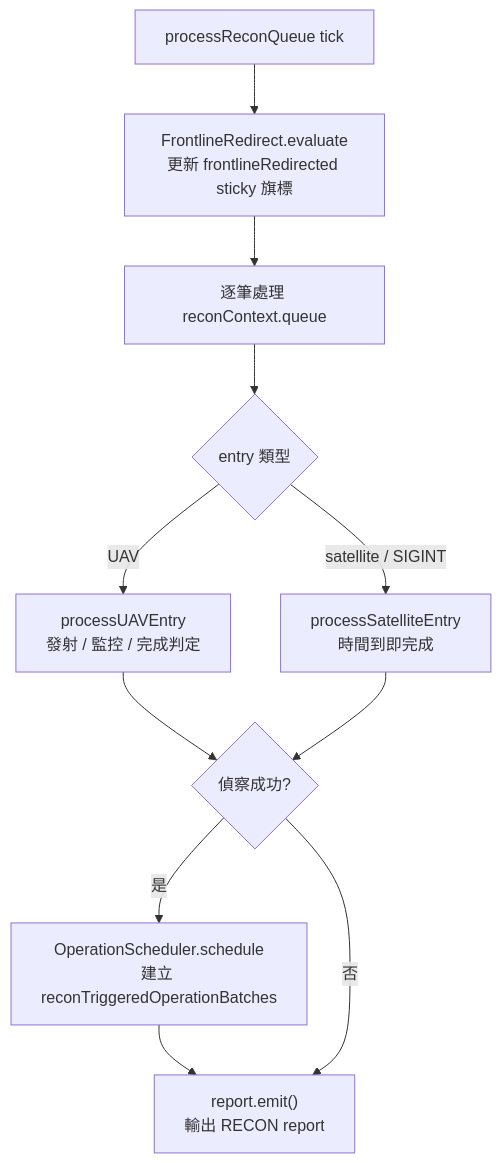
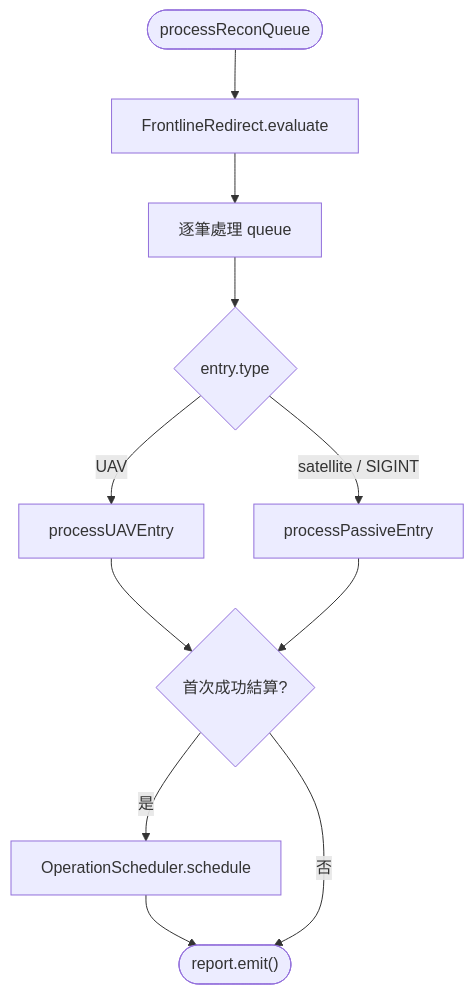
The second of 3 diagrams in docs/strikePlanner/recon.md (pullupjumper/formosa-in-flames), drawn with Mermaid before and after one commit. The commit also changed other lines of this file and 7 other files, not shown here.

First line of the commit message:
refactor(recon): model queue entries as template, plan and entry

````diff
--- a/docs/strikePlanner/recon.md
+++ b/docs/strikePlanner/recon.md
@@ -86,18 +110,18 @@
 ```mermaid
 flowchart TD
-    TICK["processReconQueue tick"]
-    REDIRECT["FrontlineRedirect.evaluate<br>更新 frontlineRedirected sticky 旗標"]
-    LOOP["逐筆處理 reconContext.queue"]
-    ENTRY{"entry 類型"}
-    UAV["processUAVEntry<br>發射 / 監控 / 完成判定"]
-    SAT["processSatelliteEntry<br>時間到即完成"]
-    SUCCESS{"偵察成功?"}
-    SCHED["OperationScheduler.schedule<br>建立 reconTriggeredOperationBatches"]
-    LOG["report.emit()<br>輸出 RECON report"]
+    TICK(["processReconQueue"])
+    REDIRECT["FrontlineRedirect.evaluate"]
+    LOOP["逐筆處理 queue"]
+    ENTRY{"entry.type"}
+    UAV["processUAVEntry"]
+    SAT["processPassiveEntry"]
+    SETTLE{"首次成功結算?"}
+    SCHED["OperationScheduler.schedule"]
+    LOG(["report.emit()"])
 
     TICK --> REDIRECT --> LOOP --> ENTRY
-    ENTRY -->|UAV| UAV --> SUCCESS
-    ENTRY -->|satellite / SIGINT| SAT --> SUCCESS
-    SUCCESS -->|是| SCHED --> LOG
-    SUCCESS -->|否| LOG
+    ENTRY -->|UAV| UAV --> SETTLE
+    ENTRY -->|satellite / SIGINT| SAT --> SETTLE
+    SETTLE -->|是| SCHED --> LOG
+    SETTLE -->|否| LOG
 ```
````
